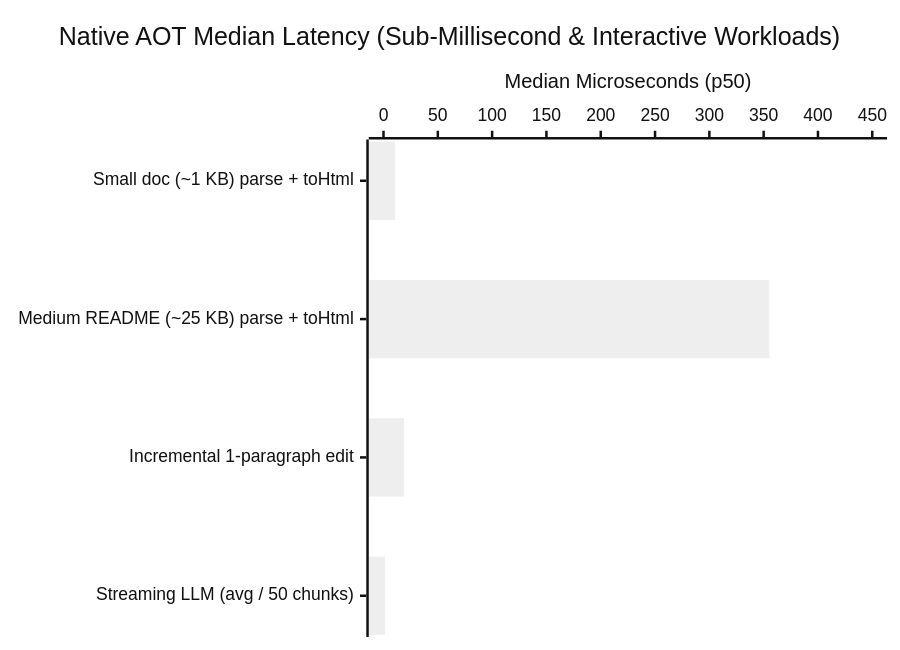
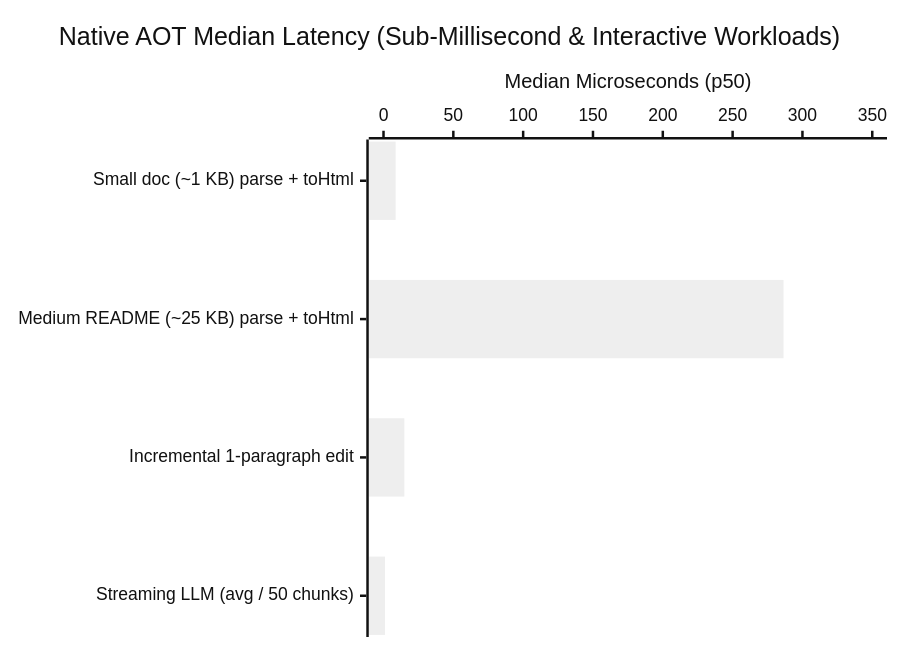
One commit to tkinnis/markdown_engine changed the first of 2 diagrams in doc/BENCHMARKS.md. Above: the diagram before and after it, drawn with Mermaid (neutral theme). The commit also changed other lines of this file and 19 other files, not shown here.

Commit message:
feat(flutter,docs): add configurable persistent Mermaid isolate, hybrid streaming tail canvas, and clean benchmark docs

````diff
--- a/doc/BENCHMARKS.md
+++ b/doc/BENCHMARKS.md
@@ -50,7 +50,7 @@
 ```mermaid
 xychart-beta horizontal
     title "Native AOT Median Latency (Sub-Millisecond & Interactive Workloads)"
     x-axis ["Small doc (~1 KB) parse + toHtml", "Medium README (~25 KB) parse + toHtml", "Incremental 1-paragraph edit", "Streaming LLM (avg / 50 chunks)"]
-    y-axis "Median Microseconds (p50)" 0 --> 450
-    bar [10.49, 355.20, 18.96, 1.41]
+    y-axis "Median Microseconds (p50)" 0 --> 350
+    bar [8.68, 286.44, 14.92, 1.10]
 ```
````
